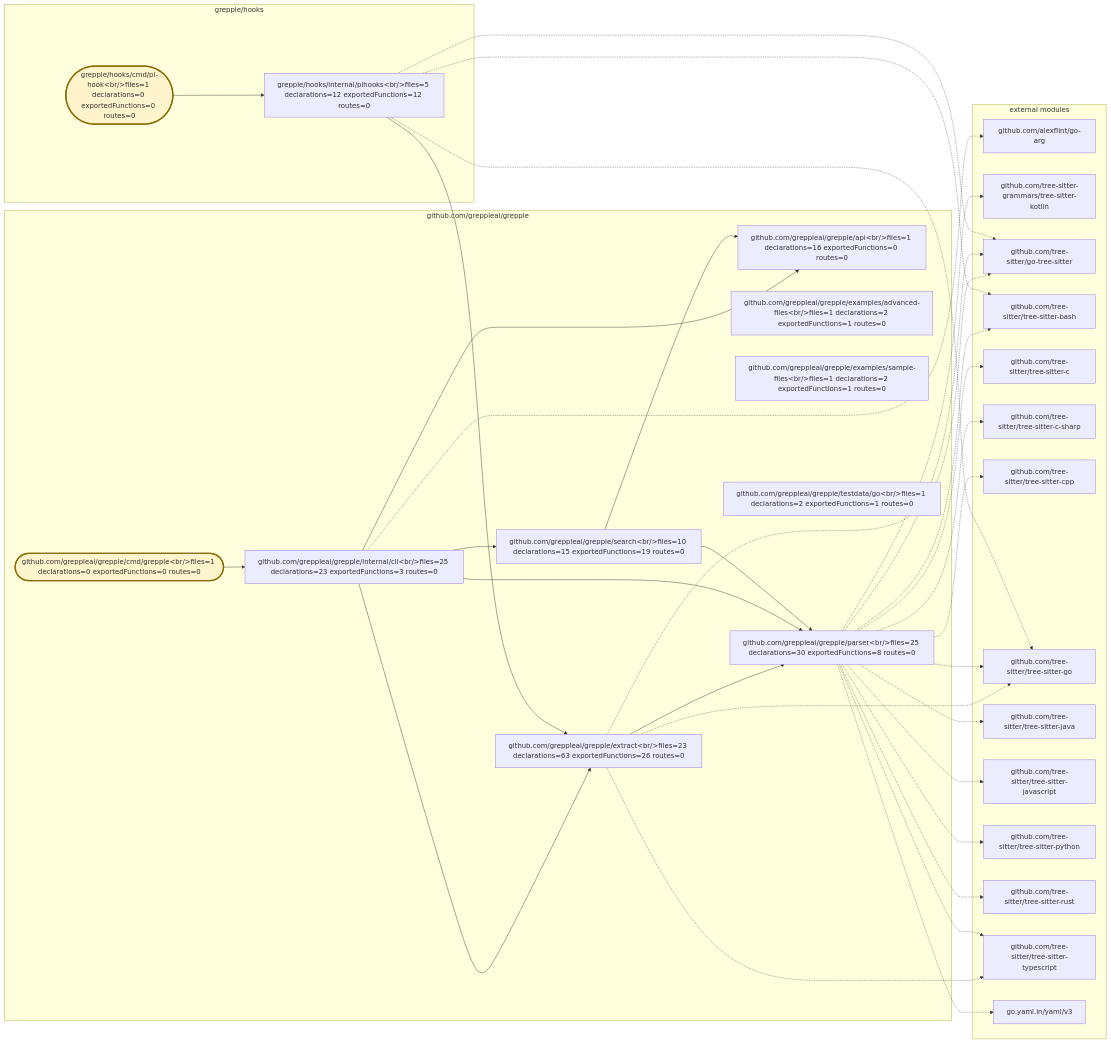
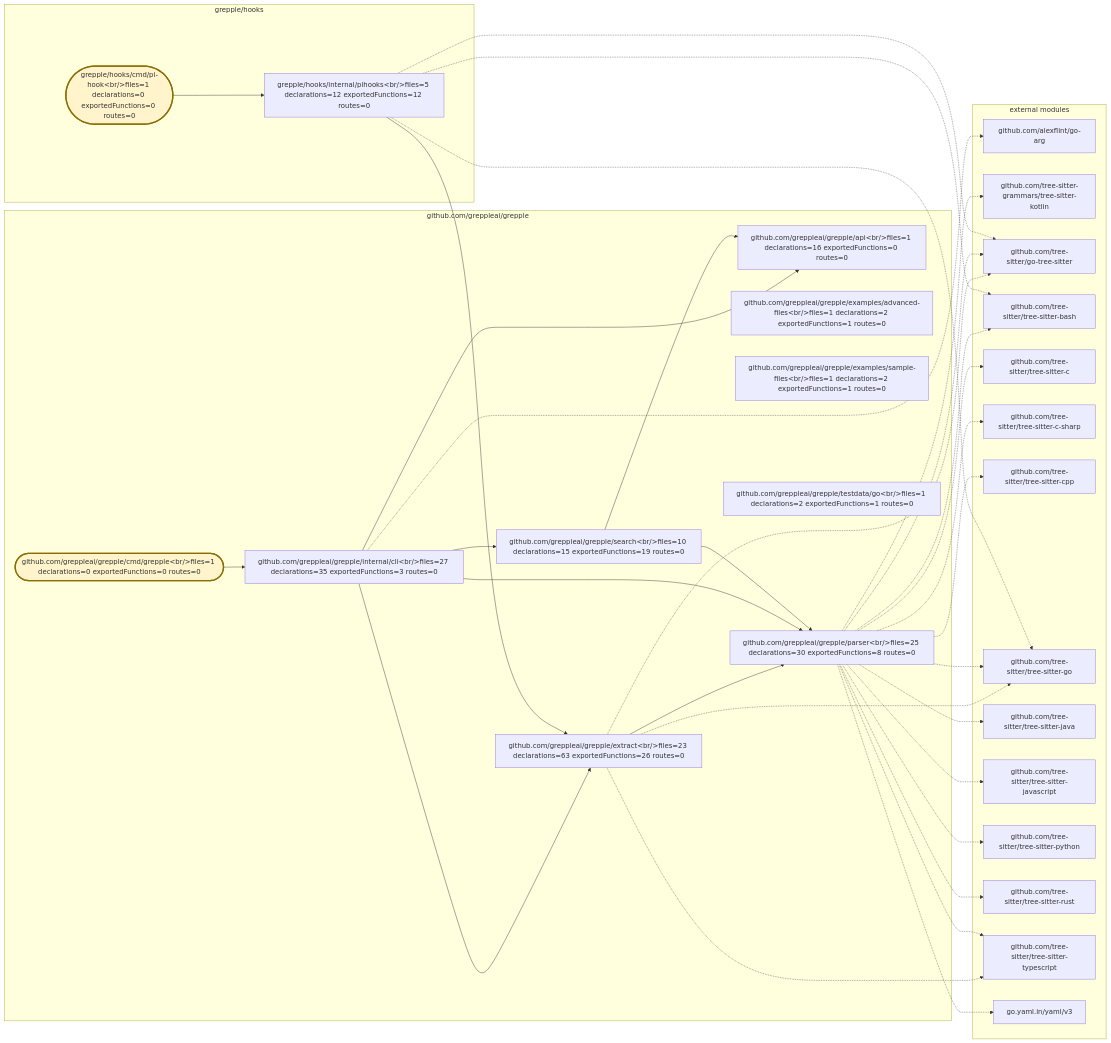
Before and after one commit to greppleai/grepple: the diagram in .grepple/project.workspace/overview.mmd, drawn with Mermaid. The commit also changed 19 other files, not shown here.

```diff
--- a/.grepple/project.workspace/overview.mmd
+++ b/.grepple/project.workspace/overview.mmd
@@ -1,65 +1,65 @@
 flowchart LR
     classDef entrypoint fill:#fff4cc,stroke:#8a6d00,stroke-width:3px
     subgraph module_0["github.com/greppleai/grepple"]
         package_0["github.com/greppleai/grepple/api&lt;br/&gt;files=1 declarations=16 exportedFunctions=0 routes=0"]
         package_1(["github.com/greppleai/grepple/cmd/grepple&lt;br/&gt;files=1 declarations=0 exportedFunctions=0 routes=0"])
         class package_1 entrypoint
         package_2["github.com/greppleai/grepple/examples/advanced-files&lt;br/&gt;files=1 declarations=2 exportedFunctions=1 routes=0"]
         package_3["github.com/greppleai/grepple/examples/sample-files&lt;br/&gt;files=1 declarations=2 exportedFunctions=1 routes=0"]
         package_4["github.com/greppleai/grepple/extract&lt;br/&gt;files=23 declarations=63 exportedFunctions=26 routes=0"]
-        package_5["github.com/greppleai/grepple/internal/cli&lt;br/&gt;files=25 declarations=23 exportedFunctions=3 routes=0"]
+        package_5["github.com/greppleai/grepple/internal/cli&lt;br/&gt;files=27 declarations=35 exportedFunctions=3 routes=0"]
         package_6["github.com/greppleai/grepple/parser&lt;br/&gt;files=25 declarations=30 exportedFunctions=8 routes=0"]
         package_7["github.com/greppleai/grepple/search&lt;br/&gt;files=10 declarations=15 exportedFunctions=19 routes=0"]
         package_8["github.com/greppleai/grepple/testdata/go&lt;br/&gt;files=1 declarations=2 exportedFunctions=1 routes=0"]
     end
     subgraph module_1["grepple/hooks"]
         package_9(["grepple/hooks/cmd/pi-hook&lt;br/&gt;files=1 declarations=0 exportedFunctions=0 routes=0"])
         class package_9 entrypoint
         package_10["grepple/hooks/internal/pihooks&lt;br/&gt;files=5 declarations=12 exportedFunctions=12 routes=0"]
     end
     package_1 --> package_5
     package_4 --> package_6
     package_5 --> package_0
     package_5 --> package_4
     package_5 --> package_6
     package_5 --> package_7
     package_7 --> package_0
     package_7 --> package_6
     package_9 --> package_10
     package_10 --> package_4
     subgraph external_dependencies["external modules"]
         external_0["github.com/alexflint/go-arg"]
         external_1["github.com/tree-sitter-grammars/tree-sitter-kotlin"]
         external_2["github.com/tree-sitter/go-tree-sitter"]
         external_3["github.com/tree-sitter/tree-sitter-bash"]
         external_4["github.com/tree-sitter/tree-sitter-c"]
         external_5["github.com/tree-sitter/tree-sitter-c-sharp"]
         external_6["github.com/tree-sitter/tree-sitter-cpp"]
         external_7["github.com/tree-sitter/tree-sitter-go"]
         external_8["github.com/tree-sitter/tree-sitter-java"]
         external_9["github.com/tree-sitter/tree-sitter-javascript"]
         external_10["github.com/tree-sitter/tree-sitter-python"]
         external_11["github.com/tree-sitter/tree-sitter-rust"]
         external_12["github.com/tree-sitter/tree-sitter-typescript"]
         external_13["go.yaml.in/yaml/v3"]
     end
     package_5 -.-> external_0
     package_6 -.-> external_1
     package_4 -.-> external_2
     package_6 -.-> external_2
     package_10 -.-> external_2
     package_6 -.-> external_3
     package_10 -.-> external_3
     package_6 -.-> external_4
     package_6 -.-> external_5
     package_6 -.-> external_6
     package_4 -.-> external_7
     package_6 -.-> external_7
     package_10 -.-> external_7
     package_6 -.-> external_8
     package_6 -.-> external_9
     package_6 -.-> external_10
     package_6 -.-> external_11
     package_4 -.-> external_12
     package_6 -.-> external_12
     package_6 -.-> external_13
```
